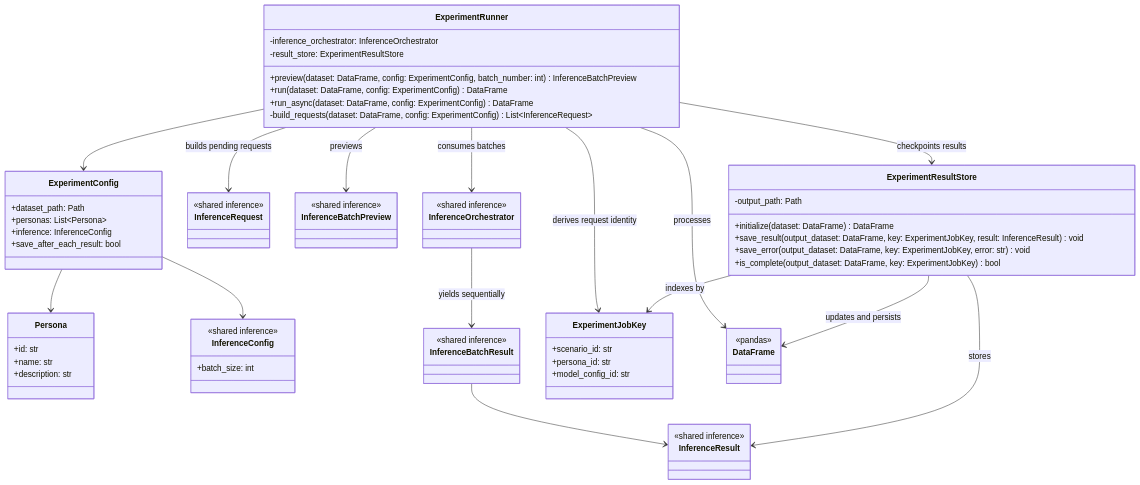
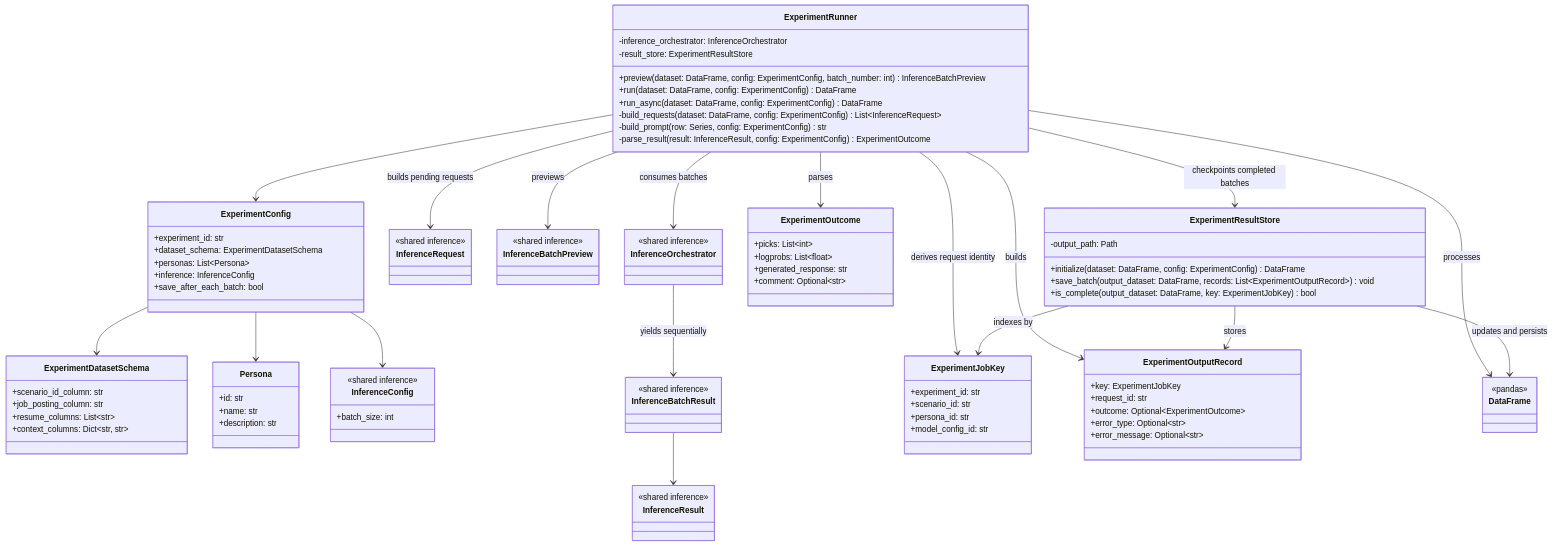
The diagram in docs/architecture/experiment_execution.mmd (KirillUtyashev/LLM_AuditKit), drawn with Mermaid before and after one commit. The commit also changed 5 other files, not shown here.

```diff
--- a/docs/architecture/experiment_execution.mmd
+++ b/docs/architecture/experiment_execution.mmd
@@ -1,72 +1,97 @@
 ---
 config:
   theme: mc
 ---
 classDiagram
     class ExperimentConfig {
-        +dataset_path: Path
+        +experiment_id: str
+        +dataset_schema: ExperimentDatasetSchema
         +personas: List~Persona~
         +inference: InferenceConfig
-        +save_after_each_result: bool
+        +save_after_each_batch: bool
+    }
+    class ExperimentDatasetSchema {
+        +scenario_id_column: str
+        +job_posting_column: str
+        +resume_columns: List~str~
+        +context_columns: Dict~str, str~
     }
     class Persona {
         +id: str
         +name: str
         +description: str
     }
     class InferenceConfig {
         <<shared inference>>
         +batch_size: int
     }
     class InferenceRequest {
         <<shared inference>>
     }
     class InferenceBatchPreview {
         <<shared inference>>
     }
     class InferenceBatchResult {
         <<shared inference>>
     }
     class InferenceResult {
         <<shared inference>>
     }
     class InferenceOrchestrator {
         <<shared inference>>
     }
     class ExperimentJobKey {
+        +experiment_id: str
         +scenario_id: str
         +persona_id: str
         +model_config_id: str
+    }
+    class ExperimentOutcome {
+        +picks: List~int~
+        +logprobs: List~float~
+        +generated_response: str
+        +comment: Optional~str~
+    }
+    class ExperimentOutputRecord {
+        +key: ExperimentJobKey
+        +request_id: str
+        +outcome: Optional~ExperimentOutcome~
+        +error_type: Optional~str~
+        +error_message: Optional~str~
     }
     class ExperimentRunner {
         -inference_orchestrator: InferenceOrchestrator
         -result_store: ExperimentResultStore
         +preview(dataset: DataFrame, config: ExperimentConfig, batch_number: int) InferenceBatchPreview
         +run(dataset: DataFrame, config: ExperimentConfig) DataFrame
         +run_async(dataset: DataFrame, config: ExperimentConfig) DataFrame
         -build_requests(dataset: DataFrame, config: ExperimentConfig) List~InferenceRequest~
+        -build_prompt(row: Series, config: ExperimentConfig) str
+        -parse_result(result: InferenceResult, config: ExperimentConfig) ExperimentOutcome
     }
     class ExperimentResultStore {
         -output_path: Path
-        +initialize(dataset: DataFrame) DataFrame
-        +save_result(output_dataset: DataFrame, key: ExperimentJobKey, result: InferenceResult) void
-        +save_error(output_dataset: DataFrame, key: ExperimentJobKey, error: str) void
+        +initialize(dataset: DataFrame, config: ExperimentConfig) DataFrame
+        +save_batch(output_dataset: DataFrame, records: List~ExperimentOutputRecord~) void
         +is_complete(output_dataset: DataFrame, key: ExperimentJobKey) bool
     }
     class DataFrame {
         <<pandas>>
     }
     ExperimentConfig --> Persona
+    ExperimentConfig --> ExperimentDatasetSchema
     ExperimentConfig --> InferenceConfig
     ExperimentRunner --> ExperimentConfig
     ExperimentRunner --> ExperimentJobKey : derives request identity
     ExperimentRunner --> InferenceRequest : builds pending requests
     ExperimentRunner --> InferenceBatchPreview : previews
     ExperimentRunner --> InferenceOrchestrator : consumes batches
     InferenceOrchestrator --> InferenceBatchResult : yields sequentially
     InferenceBatchResult --> InferenceResult
-    ExperimentRunner --> ExperimentResultStore : checkpoints results
+    ExperimentRunner --> ExperimentOutcome : parses
+    ExperimentRunner --> ExperimentOutputRecord : builds
+    ExperimentRunner --> ExperimentResultStore : checkpoints completed batches
     ExperimentRunner --> DataFrame : processes
     ExperimentResultStore --> ExperimentJobKey : indexes by
-    ExperimentResultStore --> InferenceResult : stores
+    ExperimentResultStore --> ExperimentOutputRecord : stores
     ExperimentResultStore --> DataFrame : updates and persists
```
